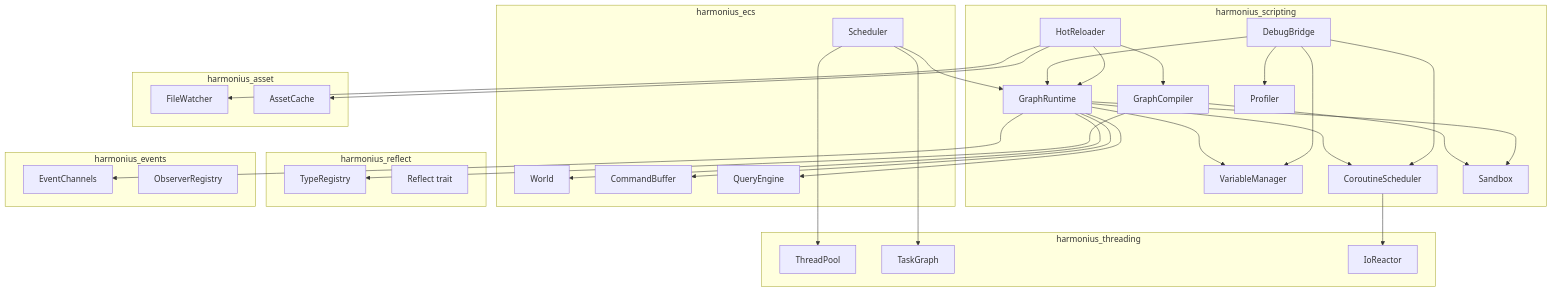
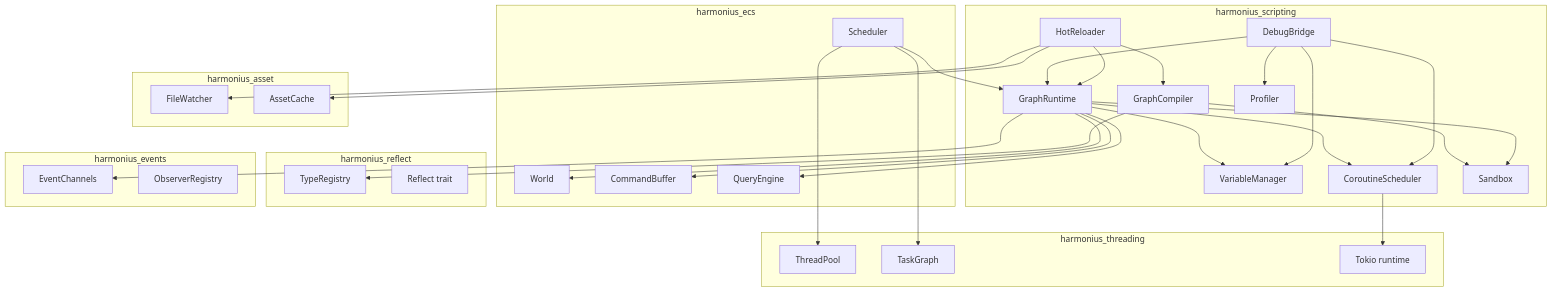
One commit to harmonius-dev/harmonius changed the first of 8 diagrams in docs/design/game-framework/scripting.md. Above: the diagram before and after it, drawn with Mermaid. The commit also changed other lines of this file and 229 other files, not shown here.

````diff
--- a/docs/design/game-framework/scripting.md
+++ b/docs/design/game-framework/scripting.md
@@ -90,66 +97,66 @@
 ```mermaid
 graph TD
     subgraph harmonius_scripting
         GC[GraphCompiler]
         GR[GraphRuntime]
         VM[VariableManager]
         CO[CoroutineScheduler]
         DB[DebugBridge]
         HR[HotReloader]
         SB[Sandbox]
         PR[Profiler]
     end
 
     subgraph harmonius_ecs
         W[World]
         SC[Scheduler]
         CB[CommandBuffer]
         QE[QueryEngine]
     end
 
     subgraph harmonius_reflect
         TR[TypeRegistry]
         RF[Reflect trait]
     end
 
     subgraph harmonius_threading
         TP[ThreadPool]
         TG[TaskGraph]
-        RE[IoReactor]
+        RE[Tokio runtime]
     end
 
     subgraph harmonius_events
         EC[EventChannels]
         OB[ObserverRegistry]
     end
 
     subgraph harmonius_asset
         FW[FileWatcher]
         AC[AssetCache]
     end
 
     GC --> TR
     GC --> SB
     GR --> W
     GR --> QE
     GR --> CB
     GR --> VM
     GR --> CO
     GR --> SB
     GR --> EC
 
     CO --> RE
     SC --> GR
     SC --> TG
     SC --> TP
 
     DB --> GR
     DB --> VM
     DB --> CO
     DB --> PR
 
     HR --> GC
     HR --> GR
     HR --> FW
     HR --> AC
 ```
````
